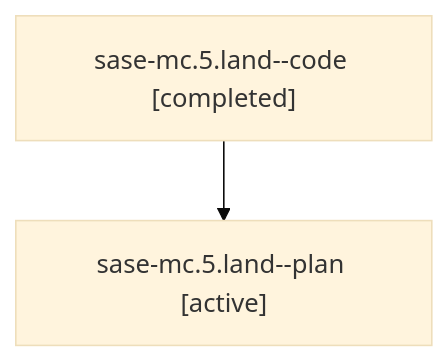
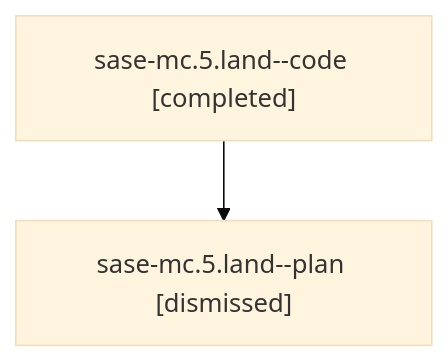
Before and after one commit to sase-org/sase--agents: the diagram in sessions/bbugyi200.athena.sase-mc.5.land.md, drawn with Mermaid (base theme). The commit also changed other lines of this file and 218 other files, not shown here.

````diff
--- a/sessions/bbugyi200.athena.sase-mc.5.land.md
+++ b/sessions/bbugyi200.athena.sase-mc.5.land.md
@@ -9,6 +9,6 @@
 ```mermaid
 flowchart TD
   n0["sase-mc.5.land--code [completed]"]
-  n1["sase-mc.5.land--plan [active]"]
+  n1["sase-mc.5.land--plan [dismissed]"]
   n0 --> n1
 ```
````
